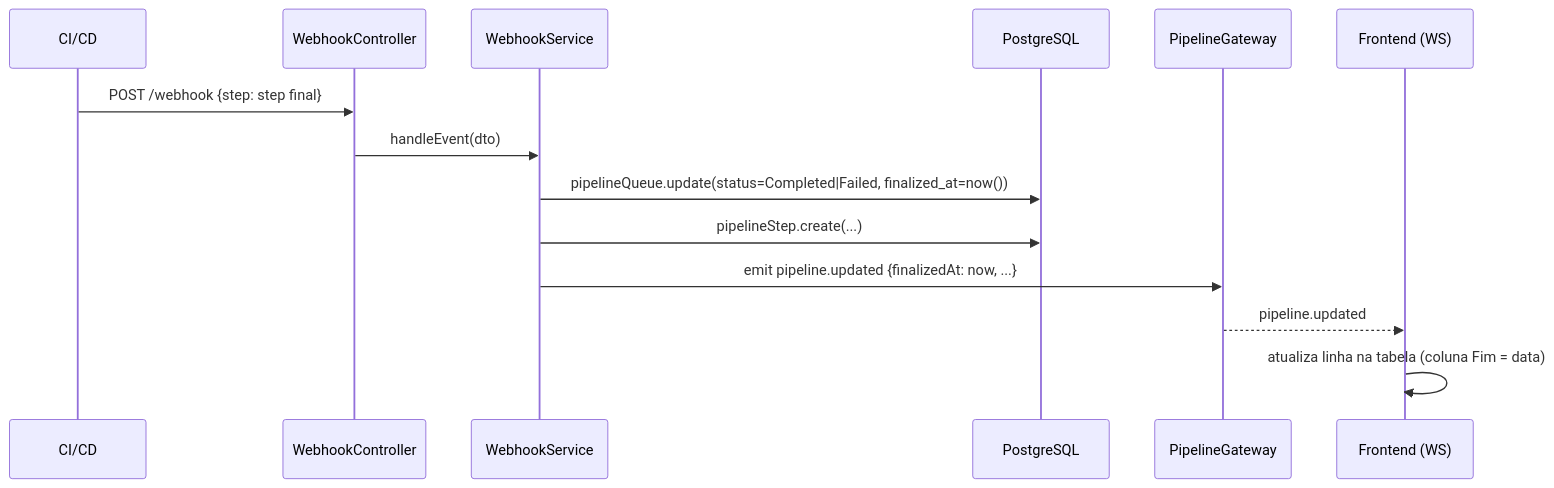
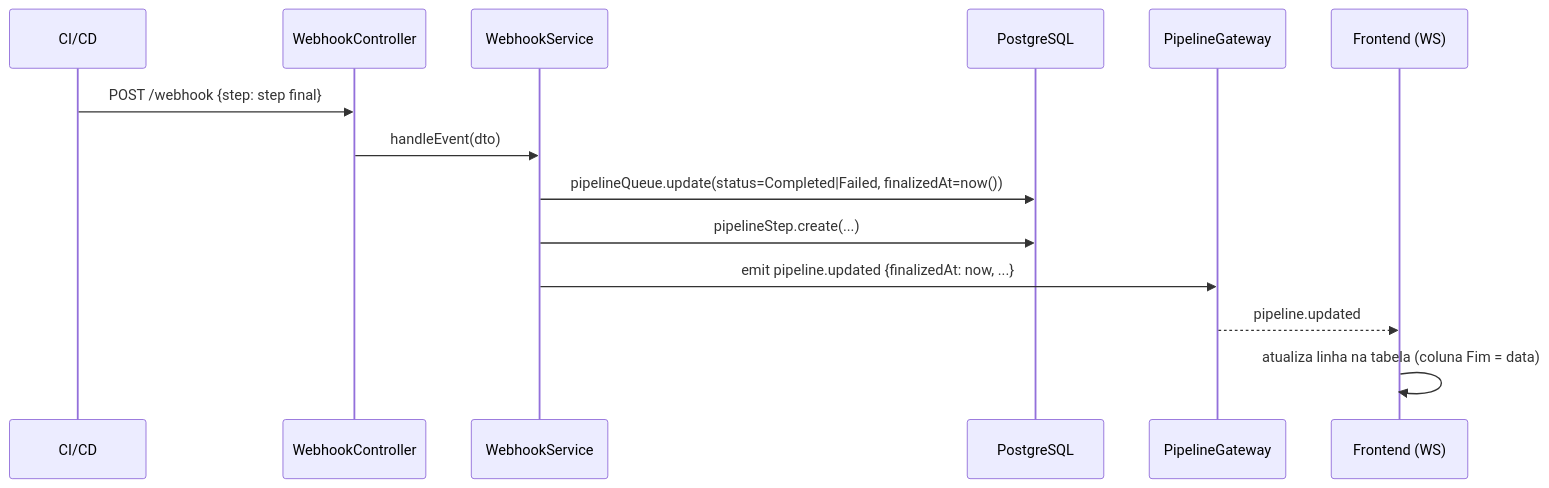
Before and after one commit to adaptwebtech/monitor-deploy: the fourth of 8 diagrams in docs/specs/pipeline-queue-timestamps.md, drawn with Mermaid. The commit also changed other lines of this file and 21 other files, not shown here.

````diff
--- a/docs/specs/pipeline-queue-timestamps.md
+++ b/docs/specs/pipeline-queue-timestamps.md
@@ -172,17 +172,17 @@
 ```mermaid
 sequenceDiagram
     participant CI as CI/CD
     participant WH as WebhookController
     participant WS_SVC as WebhookService
     participant DB as PostgreSQL
     participant GW as PipelineGateway
     participant FE as Frontend (WS)
 
     CI->>WH: POST /webhook {step: step final}
     WH->>WS_SVC: handleEvent(dto)
-    WS_SVC->>DB: pipelineQueue.update(status=Completed|Failed, finalized_at=now())
+    WS_SVC->>DB: pipelineQueue.update(status=Completed|Failed, finalizedAt=now())
     WS_SVC->>DB: pipelineStep.create(...)
     WS_SVC->>GW: emit pipeline.updated {finalizedAt: now, ...}
     GW-->>FE: pipeline.updated
     FE->>FE: atualiza linha na tabela (coluna Fim = data)
 ```
````
